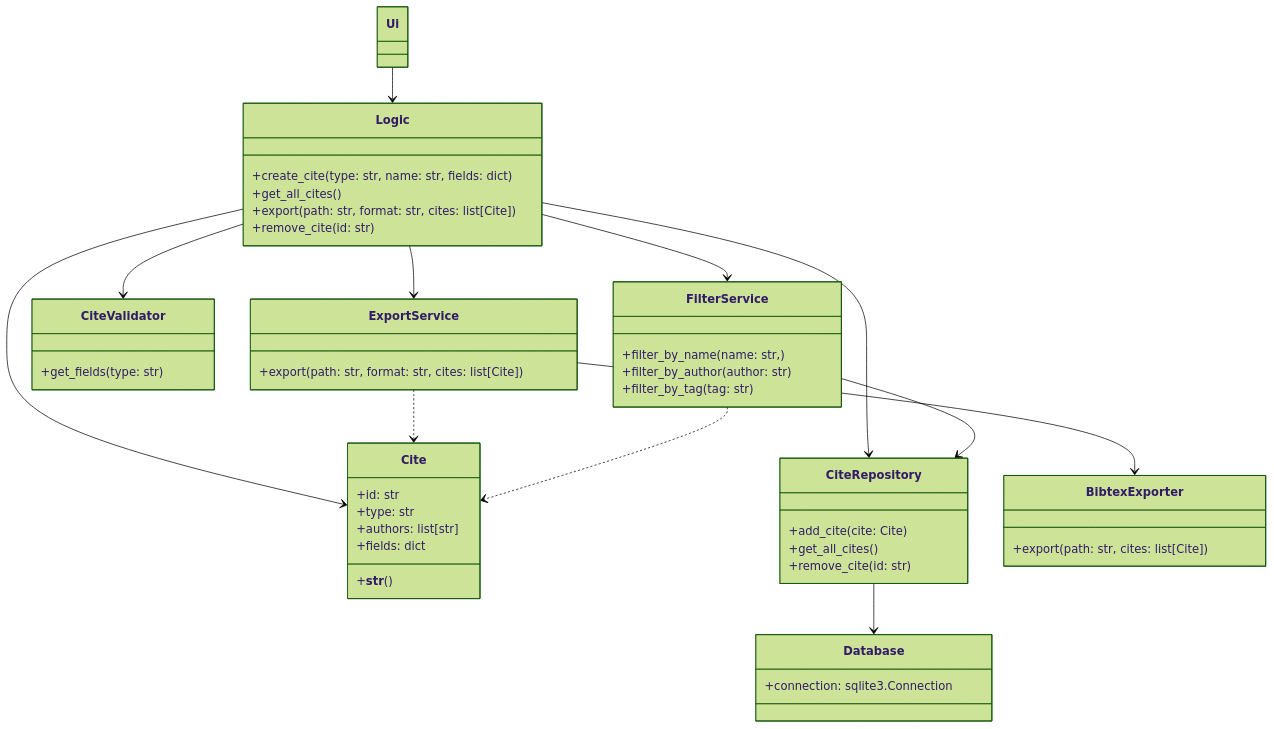
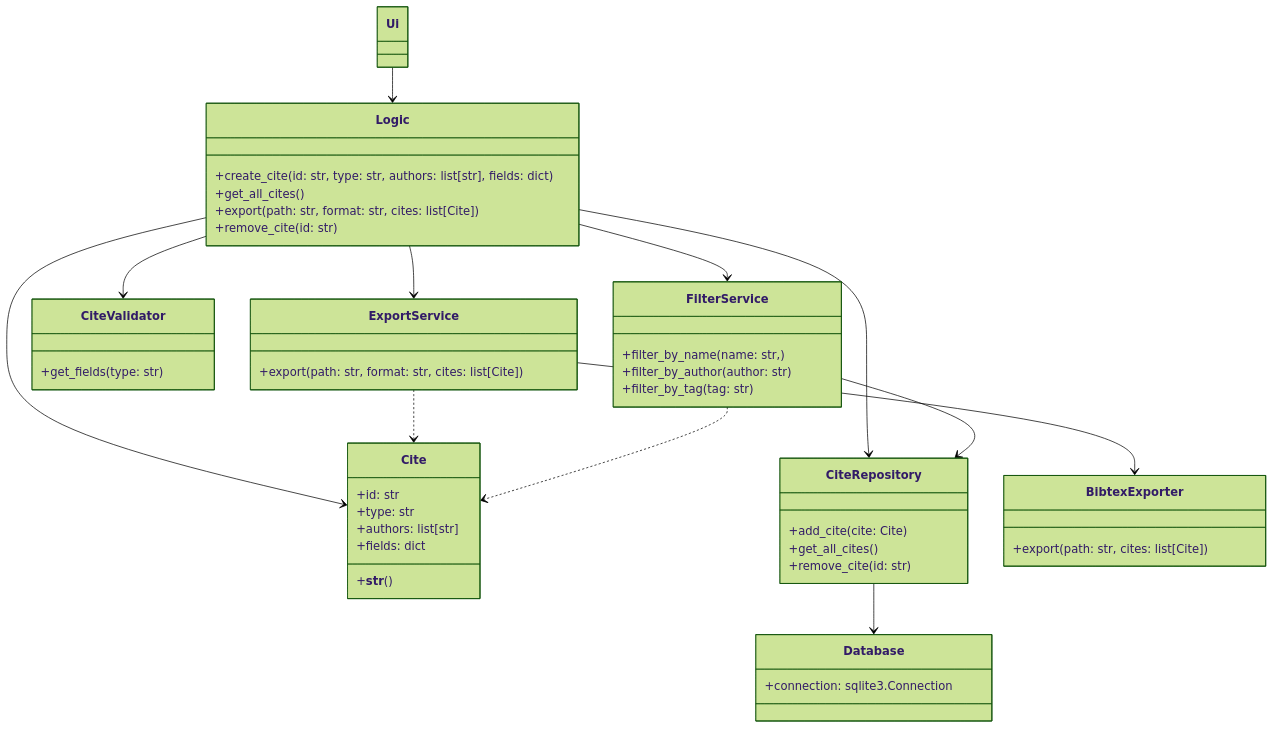
Before and after one commit to TheJiahao/ohtu-miniprojekti: the second of 2 diagrams in docs/arkkitehtuuri.md, drawn with Mermaid (forest theme).

````diff
--- a/docs/arkkitehtuuri.md
+++ b/docs/arkkitehtuuri.md
@@ -23,61 +23,61 @@
 ```mermaid
 classDiagram
 Ui --> Logic
 
 Logic --> Cite
 Logic --> CiteRepository
 Logic --> ExportService
 Logic --> CiteValidator
 Logic --> FilterService
 
 ExportService --> BibtexExporter
 ExportService ..> Cite
 
 FilterService --> CiteRepository
 FilterService ..> Cite
 
 CiteRepository --> Database
 
 class Logic{
-    +create_cite(type: str, name: str, fields: dict)
+    +create_cite(id: str, type: str, authors: list[str], fields: dict)
     +get_all_cites()
     +export(path: str, format: str, cites: list[Cite])
     +remove_cite(id: str)
 }
 
 class Cite {
     +id: str
     +type: str
     +authors: list[str]
     +fields: dict
     +__str__()
 }
 
 class CiteRepository {
     +add_cite(cite: Cite)
     +get_all_cites()
     +remove_cite(id: str)
 }
 
 class Database {
     +connection: sqlite3.Connection
 }
 
 class BibtexExporter {
     +export(path: str, cites: list[Cite])
 }
 
 class ExportService {
     +export(path: str, format: str, cites: list[Cite])
 }
 
 class CiteValidator {
     +get_fields(type: str)
 }
 
 class FilterService {
     +filter_by_name(name: str, )
     +filter_by_author(author: str)
     +filter_by_tag(tag: str)
 }
 ```
````
